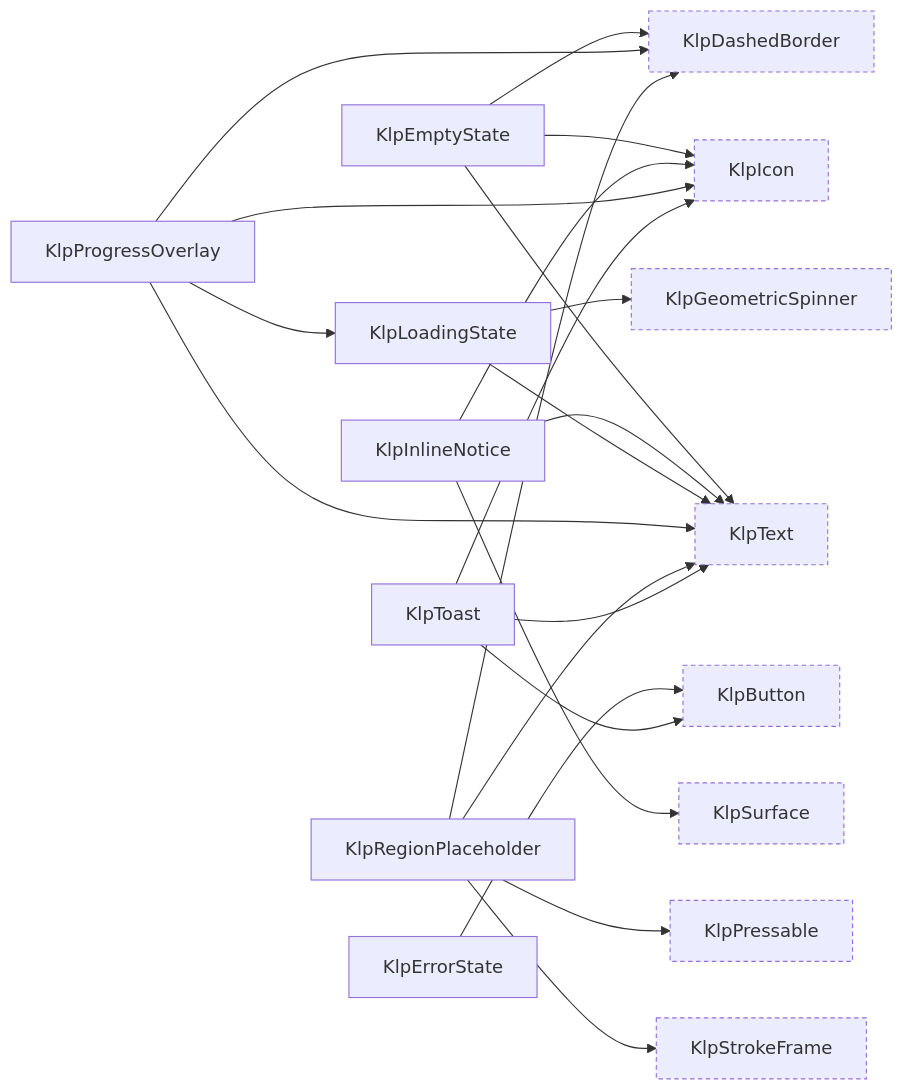
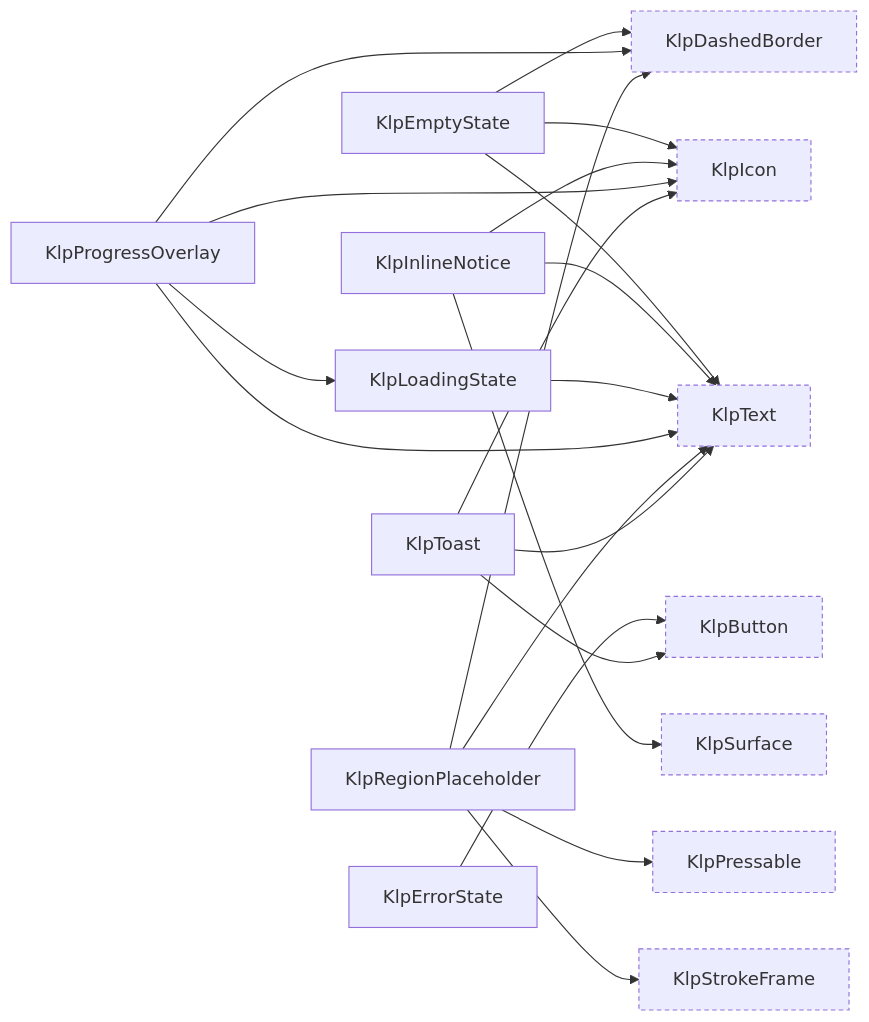
Diagram 12 of 17 in spec/component-inventory.md (MiuDog/Kallopis), drawn with Mermaid before and after one commit. The commit also changed other lines of this file and 5 other files, not shown here.

````diff
--- a/spec/component-inventory.md
+++ b/spec/component-inventory.md
@@ -740,39 +707,37 @@
 ```mermaid
 graph LR
   KlpButton["KlpButton"]:::external
   KlpDashedBorder["KlpDashedBorder"]:::external
   KlpEmptyState["KlpEmptyState"]
   KlpErrorState["KlpErrorState"]
-  KlpGeometricSpinner["KlpGeometricSpinner"]:::external
   KlpIcon["KlpIcon"]:::external
   KlpInlineNotice["KlpInlineNotice"]
   KlpLoadingState["KlpLoadingState"]
   KlpPressable["KlpPressable"]:::external
   KlpProgressOverlay["KlpProgressOverlay"]
   KlpRegionPlaceholder["KlpRegionPlaceholder"]
   KlpStrokeFrame["KlpStrokeFrame"]:::external
   KlpSurface["KlpSurface"]:::external
   KlpText["KlpText"]:::external
   KlpToast["KlpToast"]
   KlpEmptyState --> KlpDashedBorder
   KlpEmptyState --> KlpIcon
   KlpEmptyState --> KlpText
   KlpErrorState --> KlpButton
   KlpInlineNotice --> KlpIcon
   KlpInlineNotice --> KlpSurface
   KlpInlineNotice --> KlpText
-  KlpLoadingState --> KlpGeometricSpinner
   KlpLoadingState --> KlpText
   KlpProgressOverlay --> KlpDashedBorder
   KlpProgressOverlay --> KlpIcon
   KlpProgressOverlay --> KlpLoadingState
   KlpProgressOverlay --> KlpText
   KlpRegionPlaceholder --> KlpDashedBorder
   KlpRegionPlaceholder --> KlpPressable
   KlpRegionPlaceholder --> KlpStrokeFrame
   KlpRegionPlaceholder --> KlpText
   KlpToast --> KlpButton
   KlpToast --> KlpIcon
   KlpToast --> KlpText
   classDef external stroke-dasharray: 4 3;
 ```
````
